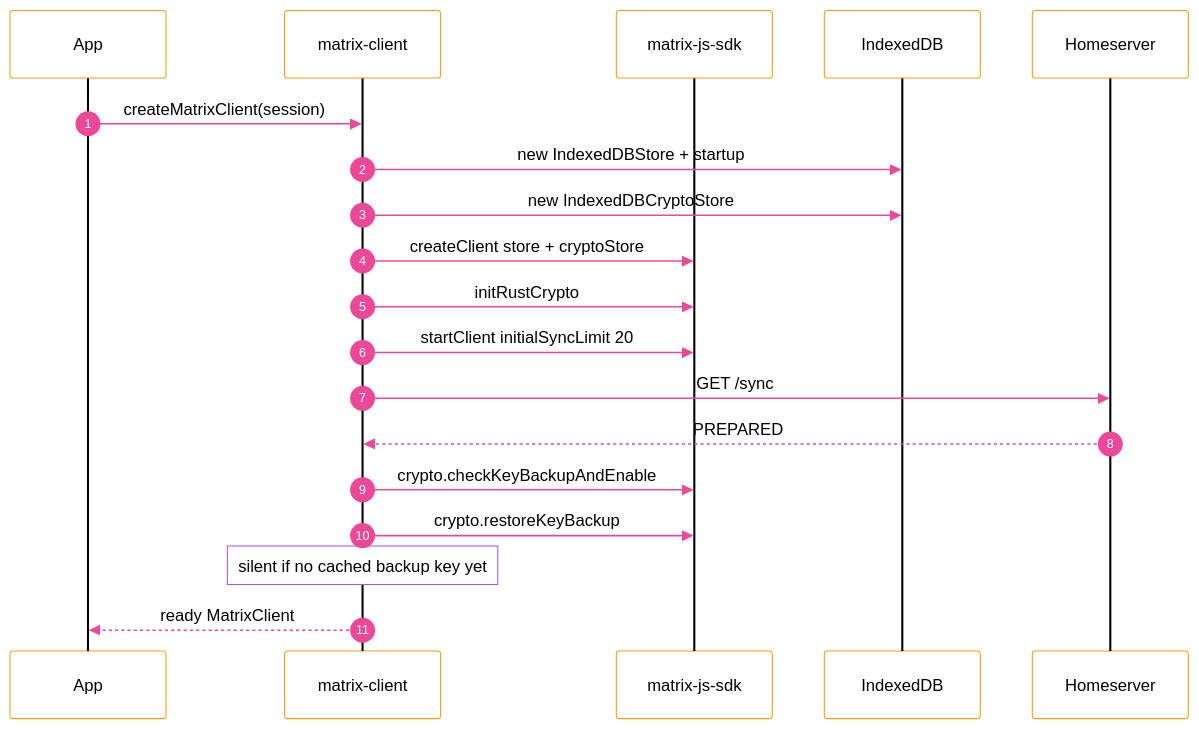
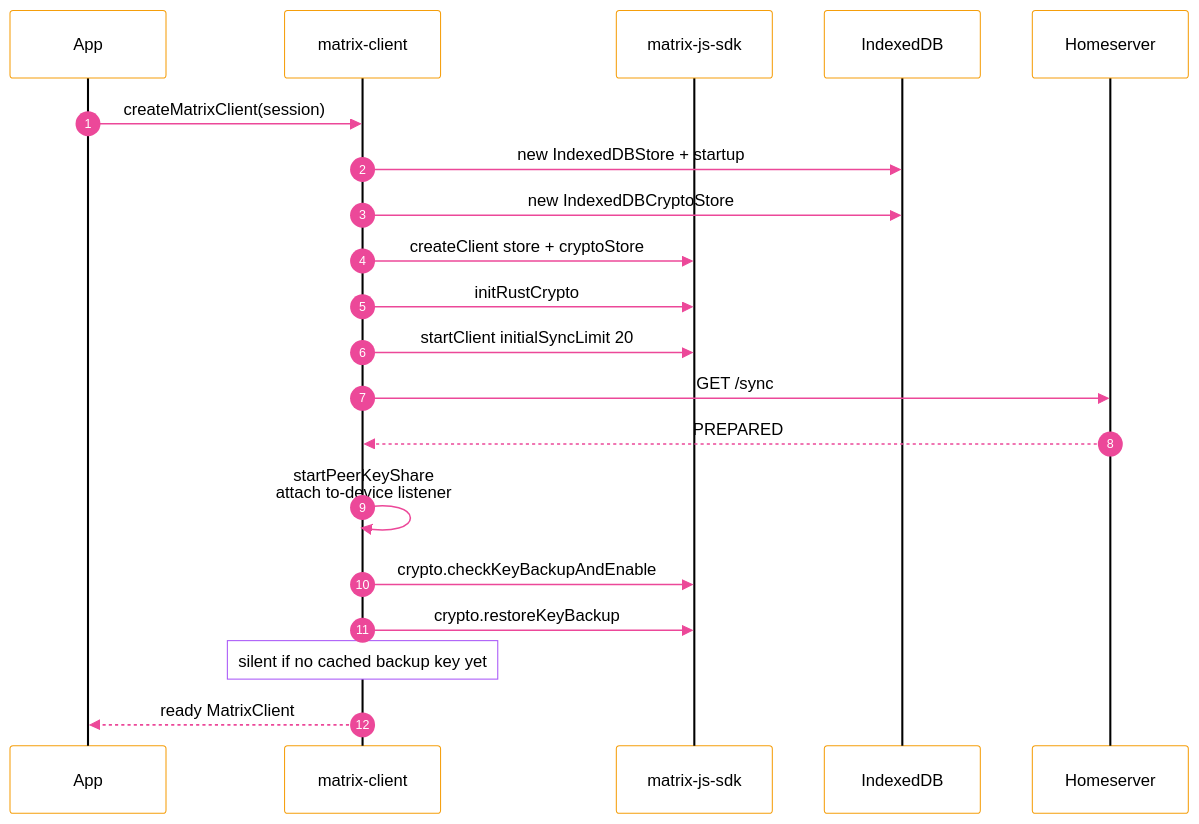
The second of 5 diagrams in packages/matrix-client/README.md (quochuydev/matrix-e2e-emr), drawn with Mermaid before and after one commit. The commit also changed other lines of this file and 3 other files, not shown here.

First line of the commit message:
docs(diagrams): sync READMEs with peer-key-share + crossSignDevice

````diff
--- a/packages/matrix-client/README.md
+++ b/packages/matrix-client/README.md
@@ -72,23 +75,24 @@
 ```mermaid
 %%{init: {'theme':'base','themeVariables':{'background':'#ffffff','primaryTextColor':'#000000','actorBkg':'#ffffff','actorBorder':'#f59e0b','actorTextColor':'#000000','actorLineColor':'#000000','signalColor':'#ec4899','signalTextColor':'#000000','sequenceNumberColor':'#ffffff','noteBkgColor':'#ffffff','noteBorderColor':'#a855f7','noteTextColor':'#000000','labelBoxBkgColor':'#ffffff','labelBoxBorderColor':'#000000','labelTextColor':'#000000','fontFamily':'system-ui'}}}%%
 sequenceDiagram
   autonumber
   participant App
   participant MC as matrix-client
   participant SDK as matrix-js-sdk
   participant IDB as IndexedDB
   participant HS as Homeserver
 
   App->>MC: createMatrixClient(session)
   MC->>IDB: new IndexedDBStore + startup
   MC->>IDB: new IndexedDBCryptoStore
   MC->>SDK: createClient store + cryptoStore
   MC->>SDK: initRustCrypto
   MC->>SDK: startClient initialSyncLimit 20
   MC->>HS: GET /sync
   HS-->>MC: PREPARED
+  MC->>MC: startPeerKeyShare<br/>attach to-device listener
   MC->>SDK: crypto.checkKeyBackupAndEnable
   MC->>SDK: crypto.restoreKeyBackup
   Note over MC: silent if no cached backup key yet
   MC-->>App: ready MatrixClient
 ```
````
